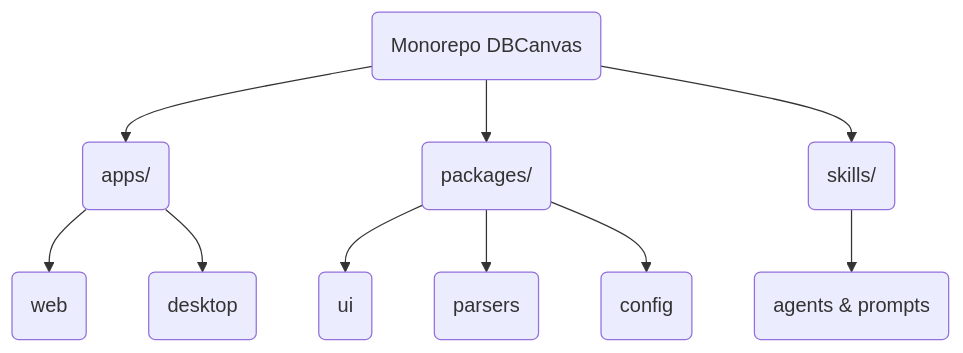
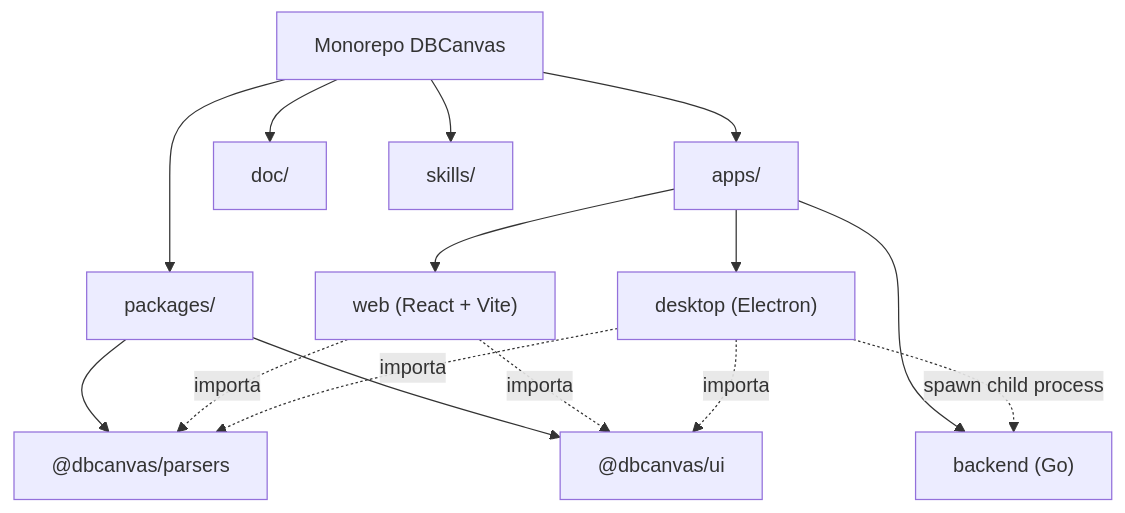
The second of 4 diagrams in doc/FD04-Informe-Arquitectura-Software.md (UPT-FAING-EPIS/proyecto-si783-2026-i-u1-generador-de-diagramas-de-base), drawn with Mermaid before and after one commit. The commit also changed other lines of this file and 9 other files, not shown here.

````diff
--- a/doc/FD04-Informe-Arquitectura-Software.md
+++ b/doc/FD04-Informe-Arquitectura-Software.md
@@ -44,15 +110,20 @@
 ```mermaid
 graph TD
-  A(Monorepo DBCanvas) --> B(apps/)
-  A --> C(packages/)
-  A --> D(skills/)
-  
-  B --> B1(web)
-  B --> B2(desktop)
-  
-  C --> C1(ui)
-  C --> C2(parsers)
-  C --> C3(config)
+    A["Monorepo DBCanvas"] --> B["apps/"]
+    A --> C["packages/"]
+    A --> D["doc/"]
+    A --> E["skills/"]
 
-  D --> D1(agents & prompts)
+    B --> B1["web (React + Vite)"]
+    B --> B2["desktop (Electron)"]
+    B --> B3["backend (Go)"]
+
+    C --> C1["@dbcanvas/parsers"]
+    C --> C2["@dbcanvas/ui"]
+
+    B1 -.->|importa| C1
+    B1 -.->|importa| C2
+    B2 -.->|importa| C1
+    B2 -.->|importa| C2
+    B2 -.->|spawn child process| B3
 ```
````
